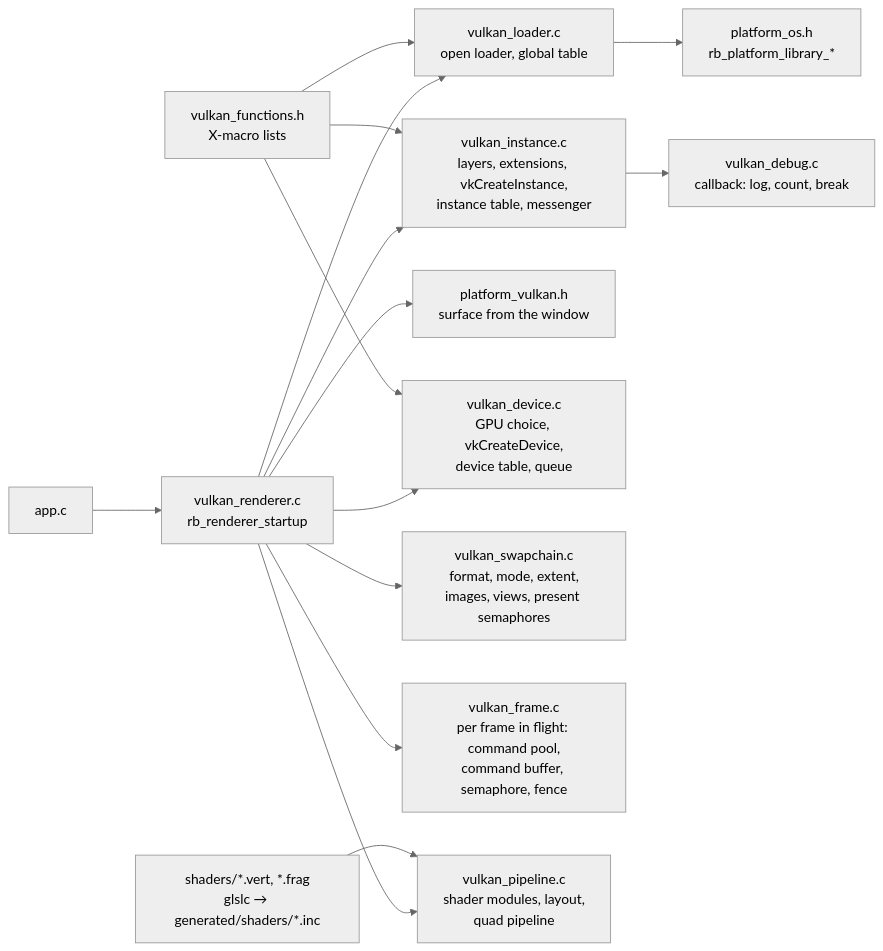
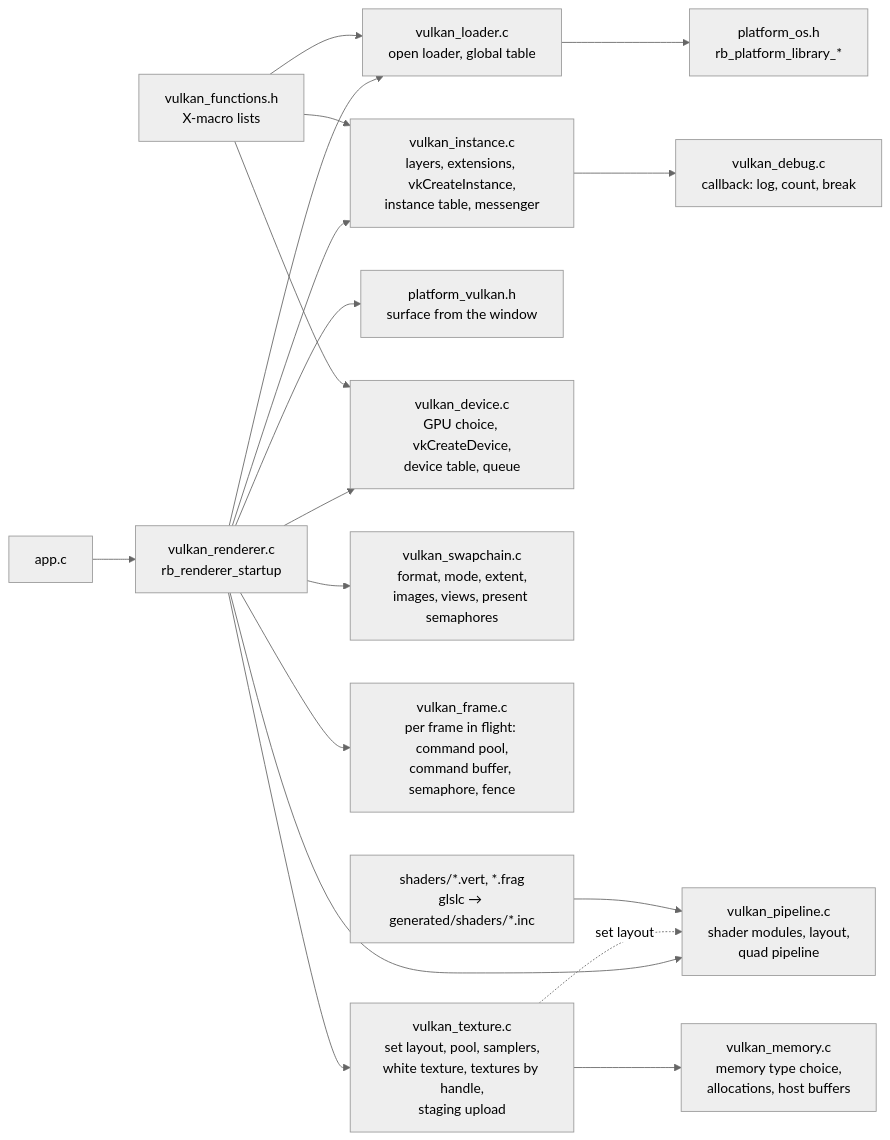
One commit to aski97/reborn-engine changed the first of 3 diagrams in docs/features/renderer.md. Above: the diagram before and after it, drawn with Mermaid (neutral theme). The commit also changed other lines of this file and 24 other files, not shown here.

First line of the commit message:
feat(renderer): textures in GPU memory

````diff
--- a/docs/features/renderer.md
+++ b/docs/features/renderer.md
@@ -86,17 +102,20 @@
 ```mermaid
 flowchart LR
     APP["app.c"] --> R["vulkan_renderer.c<br/>rb_renderer_startup"]
     R --> L["vulkan_loader.c<br/>open loader, global table"]
     R --> I["vulkan_instance.c<br/>layers, extensions, vkCreateInstance,<br/>instance table, messenger"]
     I --> D["vulkan_debug.c<br/>callback: log, count, break"]
     R --> S["platform_vulkan.h<br/>surface from the window"]
     R --> DEV["vulkan_device.c<br/>GPU choice, vkCreateDevice,<br/>device table, queue"]
     R --> SC["vulkan_swapchain.c<br/>format, mode, extent,<br/>images, views, present semaphores"]
     R --> FR["vulkan_frame.c<br/>per frame in flight: command pool,<br/>command buffer, semaphore, fence"]
     R --> PL["vulkan_pipeline.c<br/>shader modules, layout,<br/>quad pipeline"]
+    R --> TX["vulkan_texture.c<br/>set layout, pool, samplers,<br/>white texture, textures by handle,<br/>staging upload"]
+    TX --> MEM["vulkan_memory.c<br/>memory type choice,<br/>allocations, host buffers"]
+    TX -. "set layout" .-> PL
     SH["shaders/*.vert, *.frag<br/>glslc → generated/shaders/*.inc"] --> PL
     L --> P["platform_os.h<br/>rb_platform_library_*"]
     F["vulkan_functions.h<br/>X-macro lists"] --> L
     F --> I
     F --> DEV
 ```
````
